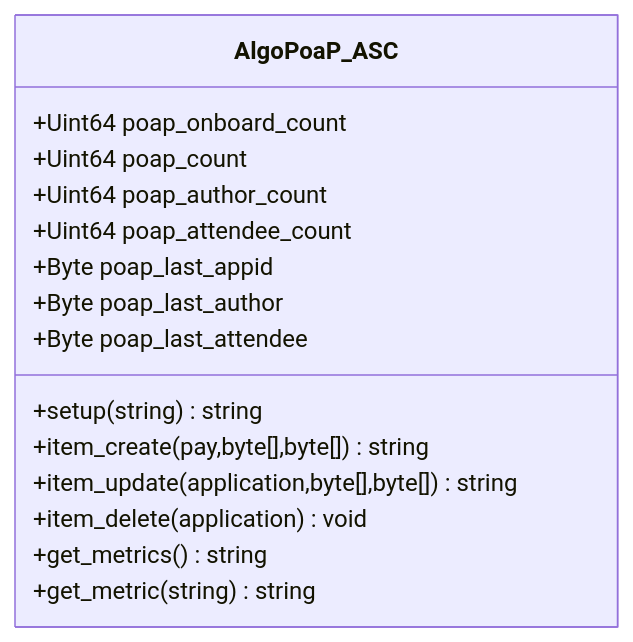
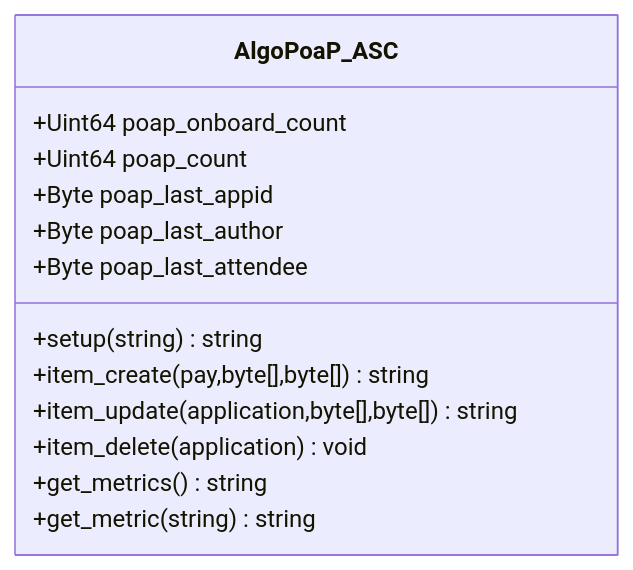
One commit to GoPlausible/.github changed the eighth of 10 diagrams in profile/README.md. Above: the diagram before and after it, drawn with Mermaid.

````diff
--- a/profile/README.md
+++ b/profile/README.md
@@ -385,18 +385,16 @@
 ```mermaid
   classDiagram
     class AlgoPoaP_ASC
     AlgoPoaP_ASC : +Uint64 poap_onboard_count
     AlgoPoaP_ASC : +Uint64 poap_count
-    AlgoPoaP_ASC : +Uint64 poap_author_count
-    AlgoPoaP_ASC : +Uint64 poap_attendee_count
     AlgoPoaP_ASC : +Byte poap_last_appid
     AlgoPoaP_ASC : +Byte poap_last_author
     AlgoPoaP_ASC : +Byte poap_last_attendee
     AlgoPoaP_ASC : +setup(string)string
     AlgoPoaP_ASC : +item_create(pay,byte[],byte[])string
     AlgoPoaP_ASC : +item_update(application,byte[],byte[])string
     AlgoPoaP_ASC : +item_delete(application)void
     AlgoPoaP_ASC : +get_metrics()string
     AlgoPoaP_ASC : +get_metric(string)string
     
 ```
````
